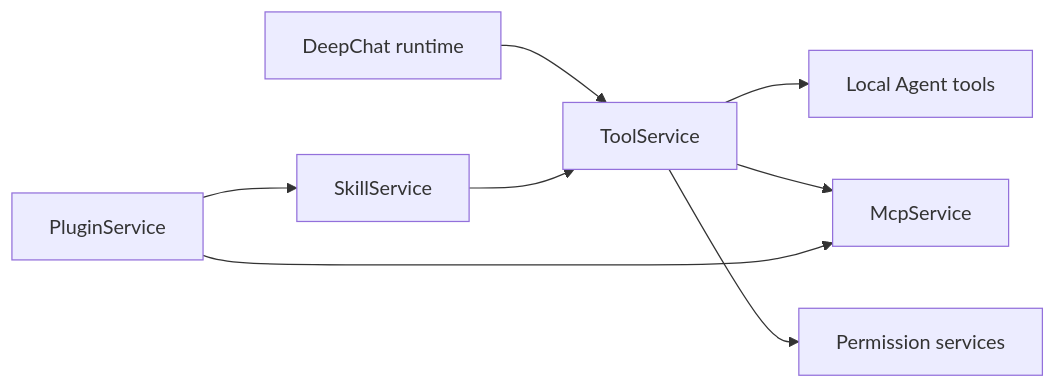
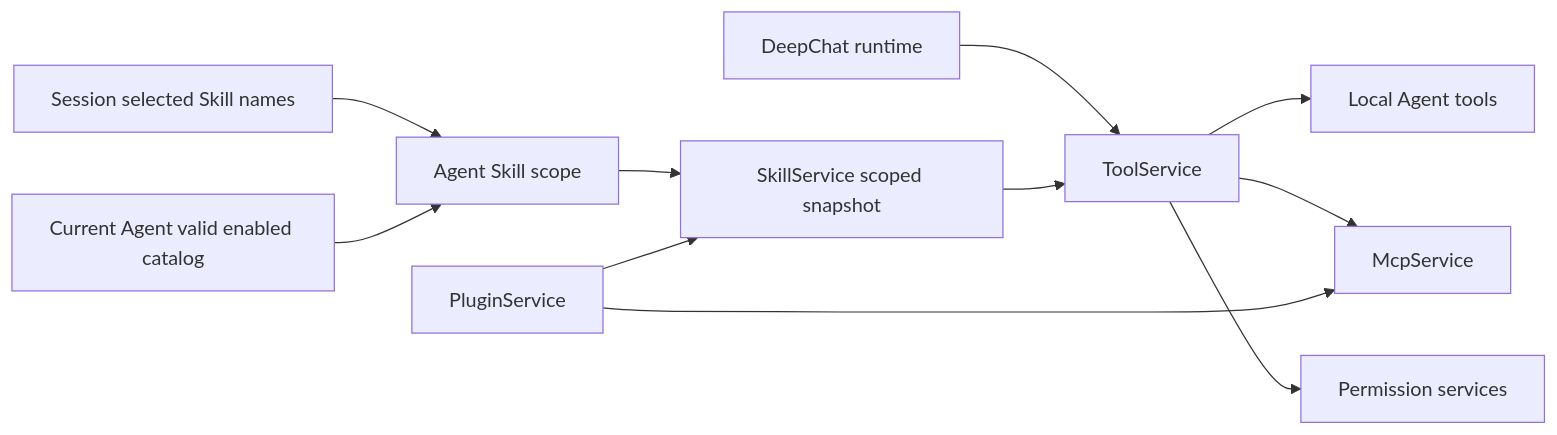
Before and after one commit to zerob13/deepchat: the fifth of 8 diagrams in docs/FLOWS.md, drawn with Mermaid. The commit also changed other lines of this file and 147 other files, not shown here.

First line of the commit message:
feat(skills): isolate agent skill roots (#2007)

````diff
--- a/docs/FLOWS.md
+++ b/docs/FLOWS.md
@@ -105,10 +105,13 @@
 ```mermaid
 flowchart LR
     Agent["DeepChat runtime"] --> Tool["ToolService"]
+    SessionSkills["Session selected Skill names"] --> Scope["Agent Skill scope"]
+    AgentCatalog["Current Agent valid enabled catalog"] --> Scope
+    Scope --> Skill["SkillService scoped snapshot"]
     Tool --> Local["Local Agent tools"]
     Tool --> MCP["McpService"]
     Tool --> Permission["Permission services"]
-    Skill["SkillService"] --> Tool
+    Skill --> Tool
     Plugin["PluginService"] --> Skill
     Plugin --> MCP
 ```
````
